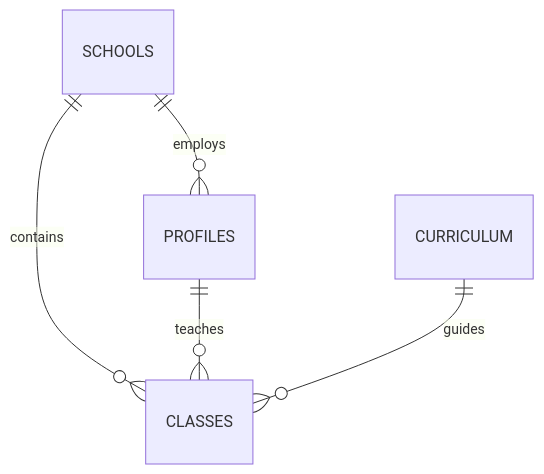
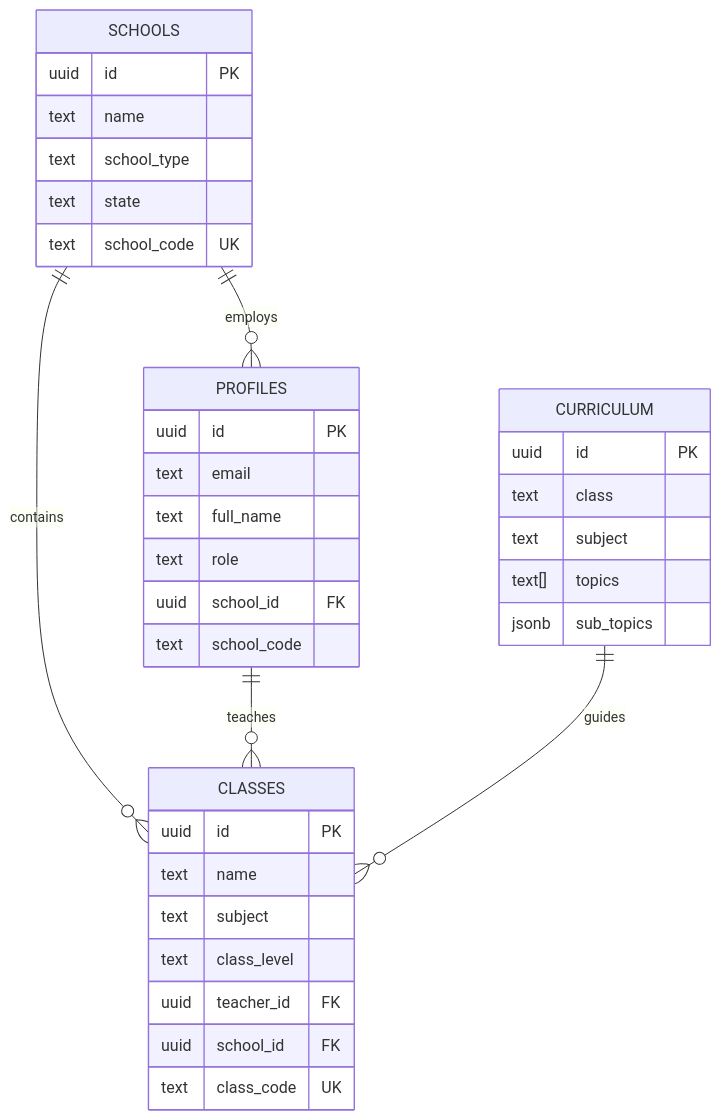
One commit to Timiolowo/Tisham changed the fifth of 5 diagrams in README.md. Above: the diagram before and after it, drawn with Mermaid. The commit also changed other lines of this file, not shown here.

Commit message:
Final Update

````diff
--- a/README.md
+++ b/README.md
@@ -489,9 +489,42 @@
 ```mermaid
 erDiagram
+    SCHOOLS {
+        uuid id PK
+        text name
+        text school_type
+        text state
+        text school_code UK
+    }
+    
+    PROFILES {
+        uuid id PK
+        text email
+        text full_name
+        text role
+        uuid school_id FK
+        text school_code
+    }
+    
+    CLASSES {
+        uuid id PK
+        text name
+        text subject
+        text class_level
+        uuid teacher_id FK
+        uuid school_id FK
+        text class_code UK
+    }
+    
+    CURRICULUM {
+        uuid id PK
+        text class
+        text subject
+        text[] topics
+        jsonb sub_topics
+    }
+    
     SCHOOLS ||--o{ PROFILES : "employs"
     SCHOOLS ||--o{ CLASSES : "contains"
-    
     PROFILES ||--o{ CLASSES : "teaches"
-    
     CURRICULUM ||--o{ CLASSES : "guides"
 ```
````
